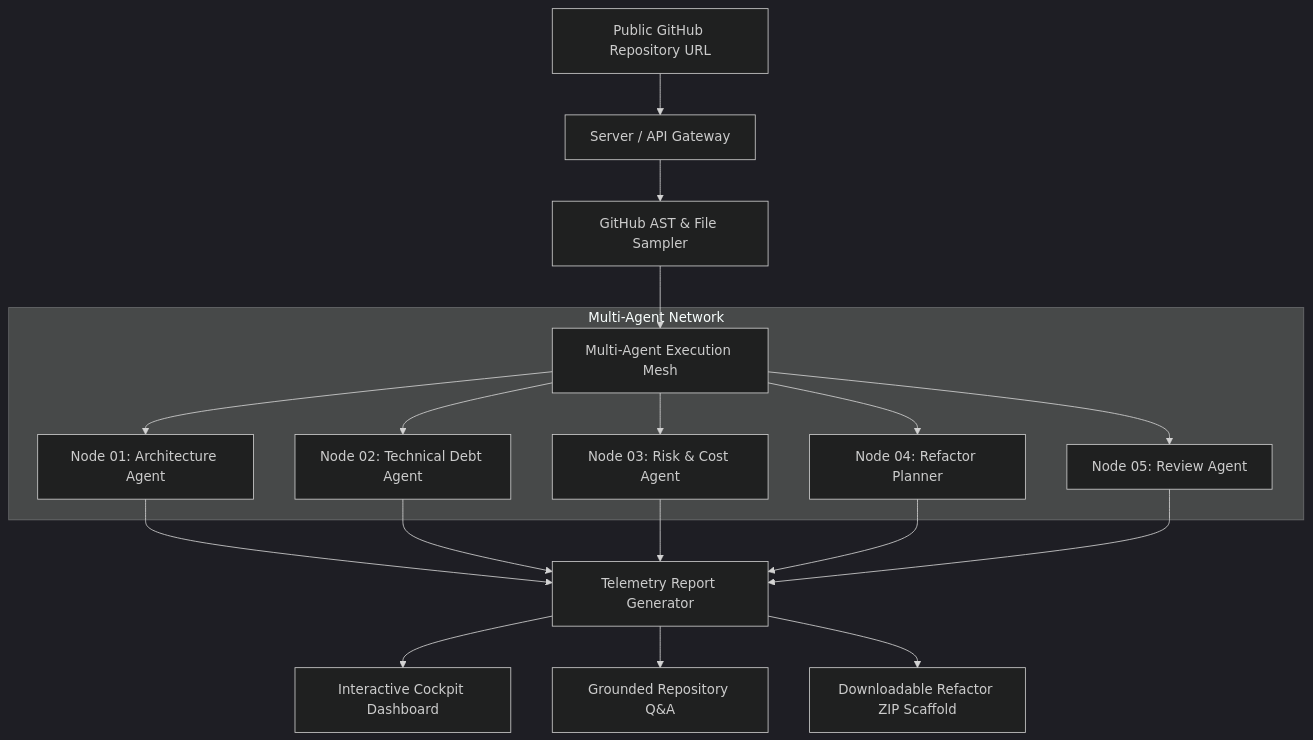
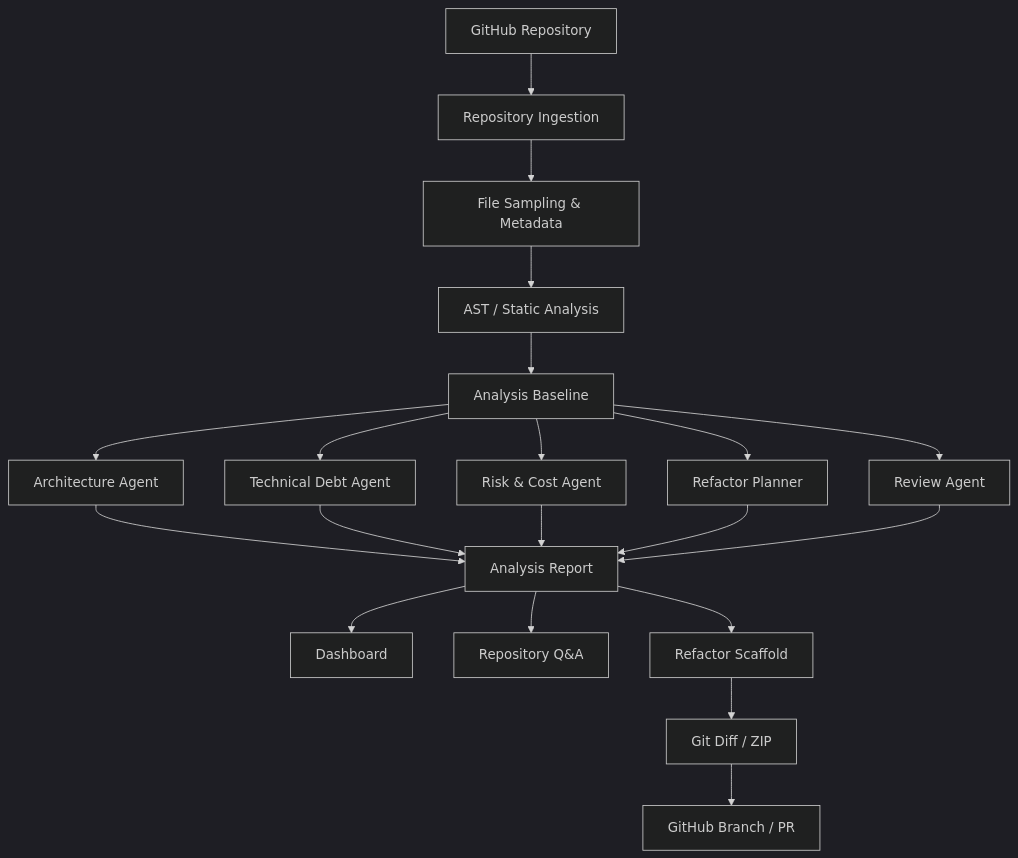
The diagram in README.md (raghavacse2024-dotcom/codegenome-ai), drawn with Mermaid (dark theme) before and after one commit. The commit also changed other lines of this file, not shown here.

````diff
--- a/README.md
+++ b/README.md
@@ -59,24 +123,27 @@
 ```mermaid
-graph TD
-    A[Public GitHub Repository URL] --> B[Server / API Gateway]
-    B --> C[GitHub AST & File Sampler]
-    C --> D[Multi-Agent Execution Mesh]
-    
-    subgraph Multi-Agent Network
-        D --> E[Node 01: Architecture Agent]
-        D --> F[Node 02: Technical Debt Agent]
-        D --> G[Node 03: Risk & Cost Agent]
-        D --> H[Node 04: Refactor Planner]
-        D --> I[Node 05: Review Agent]
-    end
-    
-    E --> J[Telemetry Report Generator]
-    F --> J
-    G --> J
-    H --> J
-    I --> J
-    
-    J --> K[Interactive Cockpit Dashboard]
-    J --> L[Grounded Repository Q&A]
-    J --> M[Downloadable Refactor ZIP Scaffold]
+flowchart TD
+    A[GitHub Repository] --> B[Repository Ingestion]
+    B --> C[File Sampling & Metadata]
+    C --> D[AST / Static Analysis]
+
+    D --> E[Analysis Baseline]
+
+    E --> F[Architecture Agent]
+    E --> G[Technical Debt Agent]
+    E --> H[Risk & Cost Agent]
+    E --> I[Refactor Planner]
+    E --> J[Review Agent]
+
+    F --> K[Analysis Report]
+    G --> K
+    H --> K
+    I --> K
+    J --> K
+
+    K --> L[Dashboard]
+    K --> M[Repository Q&A]
+    K --> N[Refactor Scaffold]
+
+    N --> O[Git Diff / ZIP]
+    O --> P[GitHub Branch / PR]
 ```
````
